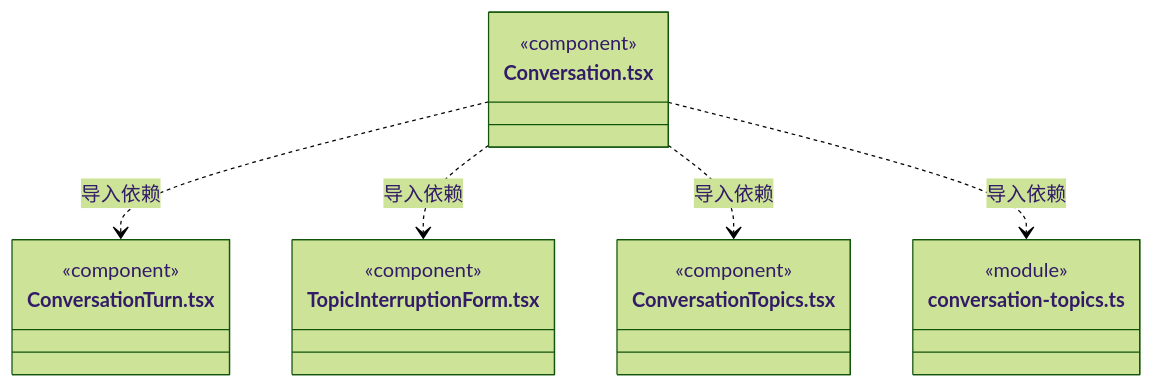
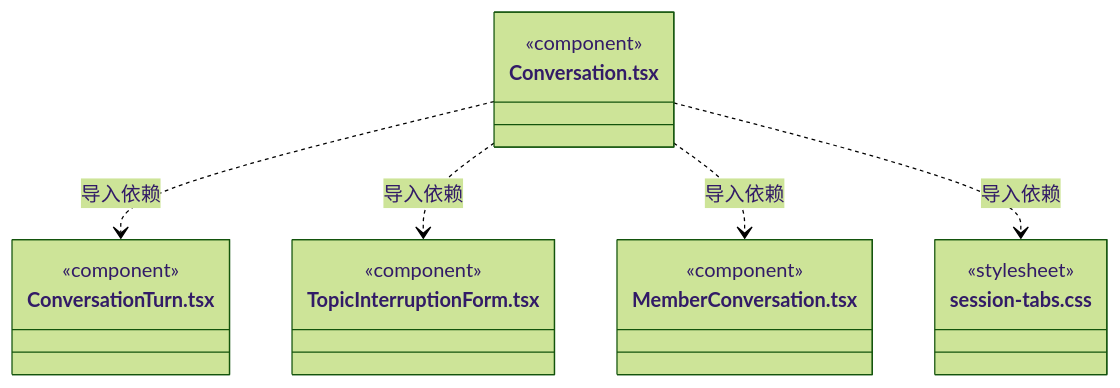
One commit to nan023062/cbim changed diagram 42 of 51 in src/view/conversation/ARCHITECTURE.md. Above: the diagram before and after it, drawn with Mermaid (forest theme). The commit also changed other lines of this file and 87 other files, not shown here.

````diff
--- a/src/view/conversation/ARCHITECTURE.md
+++ b/src/view/conversation/ARCHITECTURE.md
@@ -623,22 +623,22 @@
 ```mermaid
 classDiagram
 class N_src_view_conversation_Conversation_tsx["Conversation.tsx"] {
   <<component>>
 }
 class N_src_view_conversation_ConversationTurn_tsx["ConversationTurn.tsx"] {
   <<component>>
 }
 class N_src_view_conversation_TopicInterruptionForm_tsx["TopicInterruptionForm.tsx"] {
   <<component>>
 }
-class N_src_view_conversation_ConversationTopics_tsx["ConversationTopics.tsx"] {
+class N_src_view_conversation_MemberConversation_tsx["MemberConversation.tsx"] {
   <<component>>
 }
-class N_src_view_conversation_conversation_topics_ts["conversation-topics.ts"] {
-  <<module>>
+class N_src_view_conversation_session_tabs_css["session-tabs.css"] {
+  <<stylesheet>>
 }
 N_src_view_conversation_Conversation_tsx ..> N_src_view_conversation_ConversationTurn_tsx : 导入依赖
 N_src_view_conversation_Conversation_tsx ..> N_src_view_conversation_TopicInterruptionForm_tsx : 导入依赖
-N_src_view_conversation_Conversation_tsx ..> N_src_view_conversation_ConversationTopics_tsx : 导入依赖
-N_src_view_conversation_Conversation_tsx ..> N_src_view_conversation_conversation_topics_ts : 导入依赖
+N_src_view_conversation_Conversation_tsx ..> N_src_view_conversation_MemberConversation_tsx : 导入依赖
+N_src_view_conversation_Conversation_tsx ..> N_src_view_conversation_session_tabs_css : 导入依赖
 ```
````
